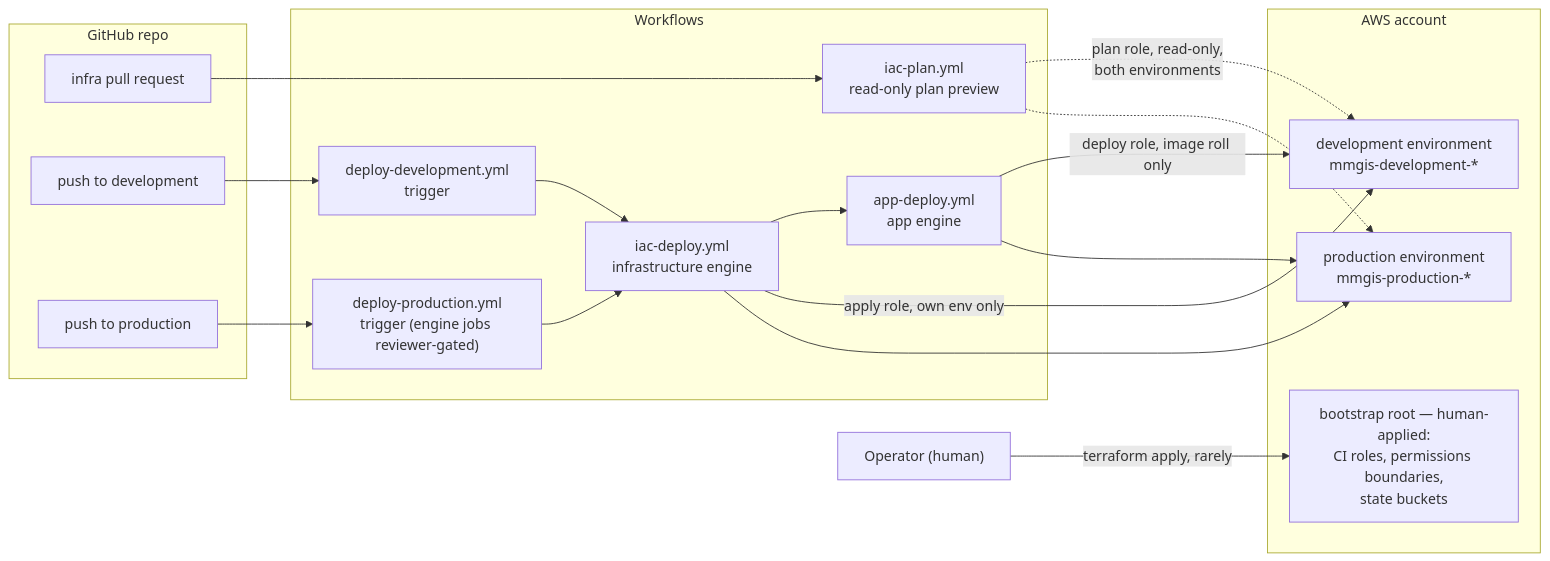
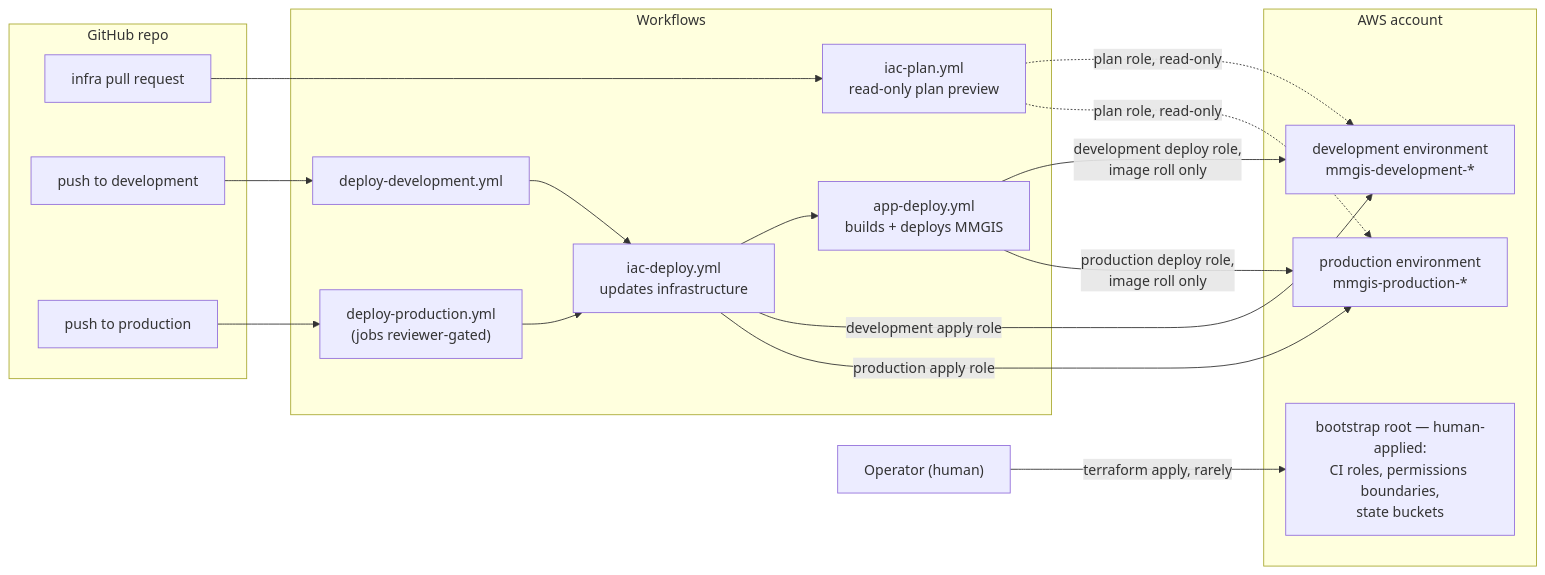
One commit to NASA-IMPACT/MMGIS changed the diagram in docs/infrastructure/README.md. Above: the diagram before and after it, drawn with Mermaid. The commit also changed other lines of this file and 4 other files, not shown here.

````diff
--- a/docs/infrastructure/README.md
+++ b/docs/infrastructure/README.md
@@ -9,33 +14,33 @@
 ```mermaid
 flowchart LR
     subgraph repo["GitHub repo"]
         PRQ["infra pull request"]
         DEV["push to development"]
         PROD["push to production"]
     end
     subgraph wf["Workflows"]
         PLAN["iac-plan.yml<br/>read-only plan preview"]
-        TDEV["deploy-development.yml<br/>trigger"]
-        TPROD["deploy-production.yml<br/>trigger (engine jobs reviewer-gated)"]
-        IAC["iac-deploy.yml<br/>infrastructure engine"]
-        APP["app-deploy.yml<br/>app engine"]
+        TDEV["deploy-development.yml"]
+        TPROD["deploy-production.yml<br/>(jobs reviewer-gated)"]
+        IAC["iac-deploy.yml<br/>updates infrastructure"]
+        APP["app-deploy.yml<br/>builds + deploys MMGIS"]
     end
     subgraph aws["AWS account"]
         BOOT["bootstrap root — human-applied:<br/>CI roles, permissions boundaries,<br/>state buckets"]
         ENVD["development environment<br/>mmgis-development-*"]
         ENVP["production environment<br/>mmgis-production-*"]
     end
     PRQ --> PLAN
     DEV --> TDEV
     PROD --> TPROD
     TDEV --> IAC
     TPROD --> IAC
     IAC --> APP
-    PLAN -.->|"plan role, read-only,<br/>both environments"| ENVD
-    PLAN -.-> ENVP
-    IAC -->|"apply role, own env only"| ENVD
-    IAC --> ENVP
-    APP -->|"deploy role, image roll only"| ENVD
-    APP --> ENVP
+    PLAN -.->|"plan role, read-only"| ENVD
+    PLAN -.->|"plan role, read-only"| ENVP
+    IAC -->|"development apply role"| ENVD
+    IAC -->|"production apply role"| ENVP
+    APP -->|"development deploy role,<br/>image roll only"| ENVD
+    APP -->|"production deploy role,<br/>image roll only"| ENVP
     OP["Operator (human)"] -->|"terraform apply, rarely"| BOOT
 ```
````
